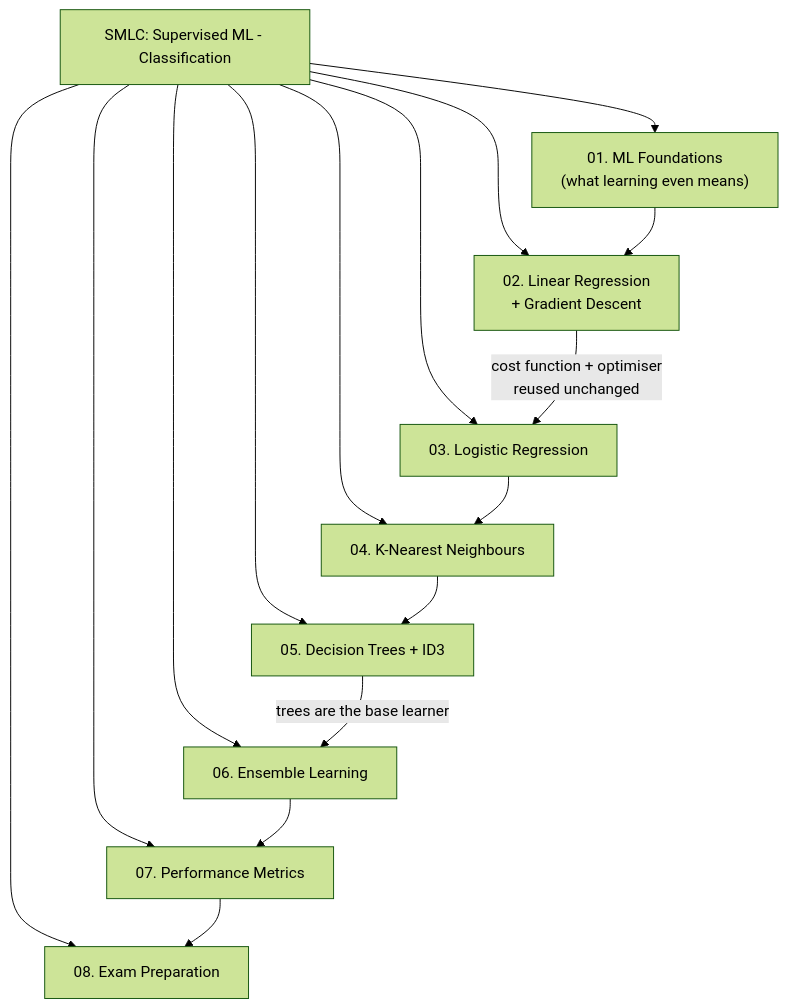
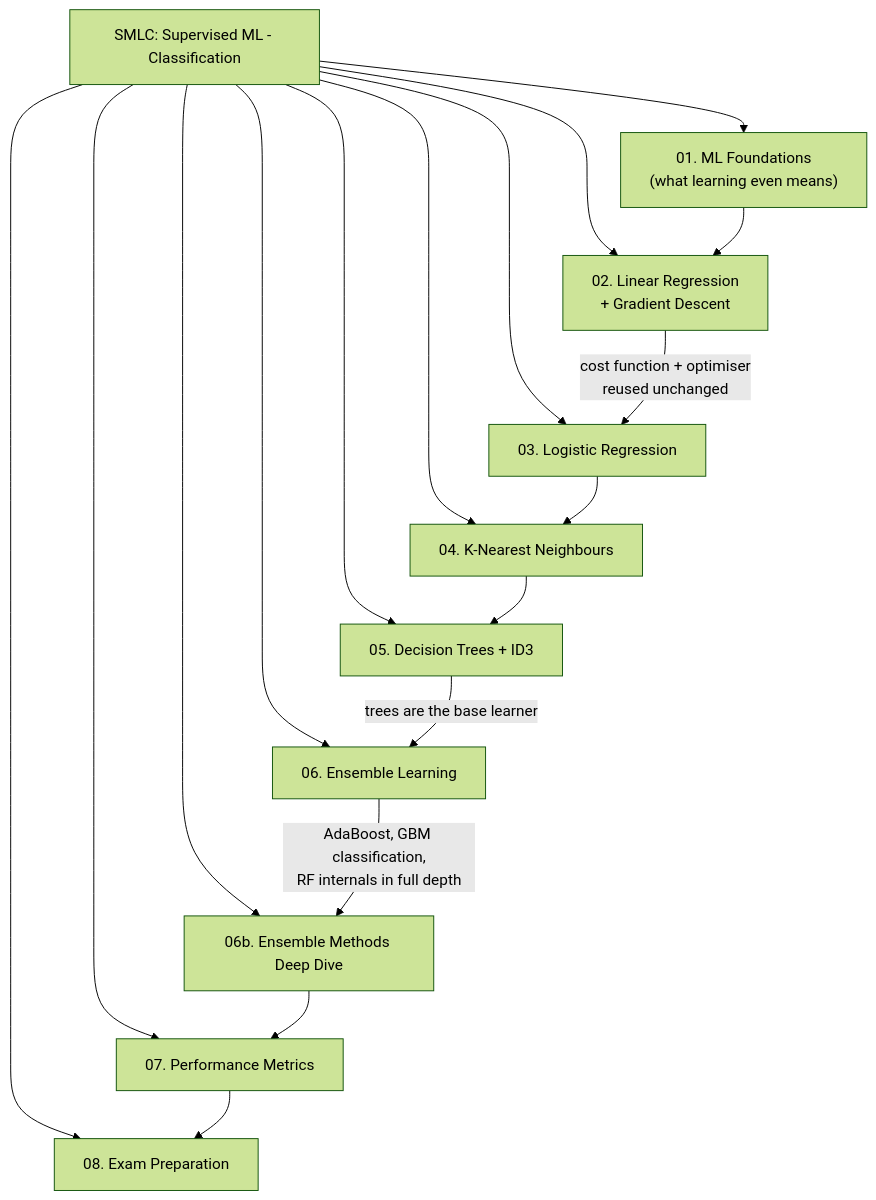
One commit to mhd-riaz/data-scientist-roadmap changed the first of 2 diagrams in semester-1/06-supervised-ml-classification/notes/00-study-checklist.md. Above: the diagram before and after it, drawn with Mermaid (forest theme). The commit also changed other lines of this file and 5 other files, not shown here.

````diff
--- a/semester-1/06-supervised-ml-classification/notes/00-study-checklist.md
+++ b/semester-1/06-supervised-ml-classification/notes/00-study-checklist.md
@@ -13,19 +13,21 @@
 ```mermaid
 flowchart TD
     SMLC[SMLC: Supervised ML - Classification] --> F1["01. ML Foundations<br/>(what learning even means)"]
     SMLC --> F2["02. Linear Regression<br/>+ Gradient Descent"]
     SMLC --> F3["03. Logistic Regression"]
     SMLC --> F4["04. K-Nearest Neighbours"]
     SMLC --> F5["05. Decision Trees + ID3"]
     SMLC --> F6["06. Ensemble Learning"]
+    SMLC --> F6B["06b. Ensemble Methods Deep Dive"]
     SMLC --> F7["07. Performance Metrics"]
     SMLC --> F8["08. Exam Preparation"]
 
     F1 --> F2
     F2 -->|"cost function + optimiser<br/>reused unchanged"| F3
     F3 --> F4
     F4 --> F5
     F5 -->|"trees are the base learner"| F6
-    F6 --> F7
+    F6 -->|"AdaBoost, GBM classification,<br/>RF internals in full depth"| F6B
+    F6B --> F7
     F7 --> F8
 ```
````
